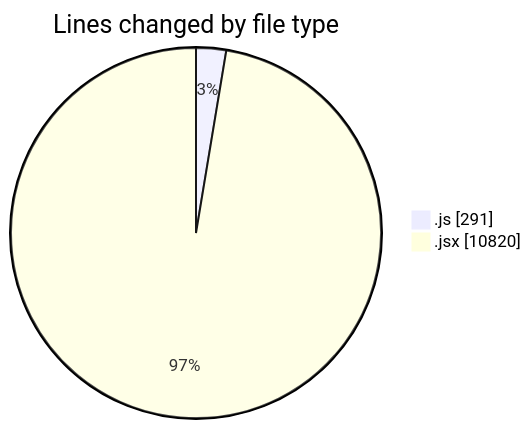
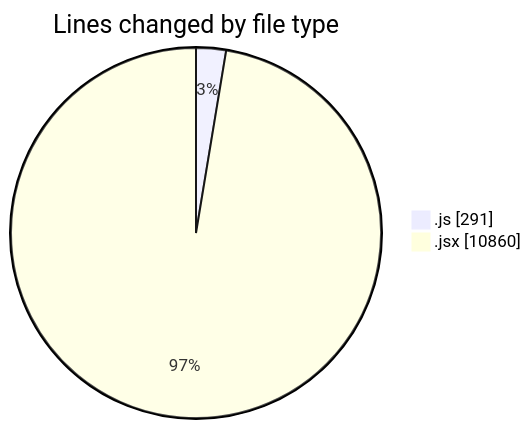
The first of 2 diagrams in 2025-07-28/nxtqube_webapp/README.md (nxtqubesakshisongat/code-tracking), drawn with Mermaid before and after one commit. The commit also changed other lines of this file and 1 other file, not shown here.

````diff
--- a/2025-07-28/nxtqube_webapp/README.md
+++ b/2025-07-28/nxtqube_webapp/README.md
@@ -45,6 +45,6 @@
 ```mermaid
 pie showData
 title Lines changed by file type
 ".js" : 291
-".jsx" : 10820
+".jsx" : 10860
 ```
````
